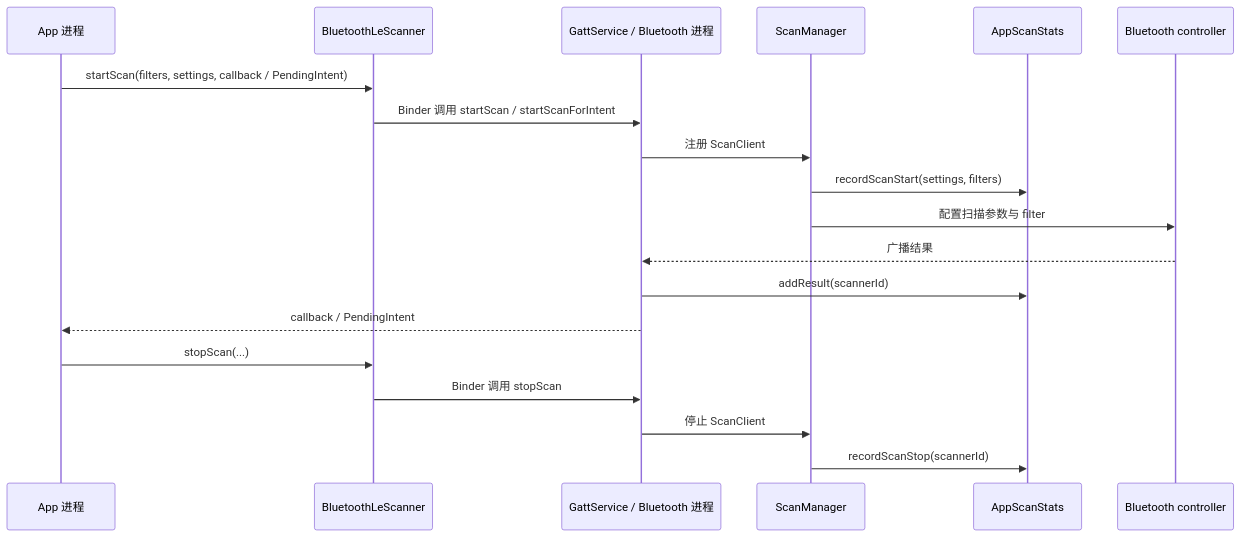
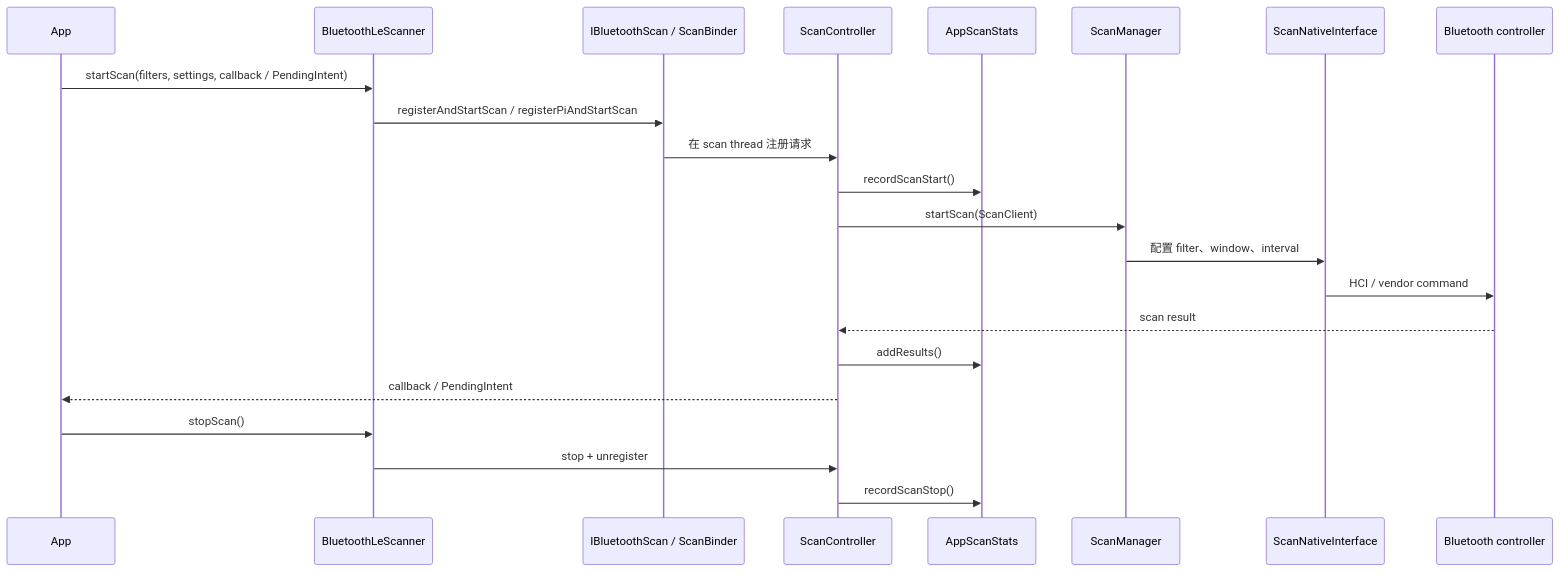
Before and after one commit to Gracker/android-internals-wiki: the diagram in src/part2-performance/ch11-power/06-bluetooth-scan-connection-power.md, drawn with Mermaid. The commit also changed other lines of this file, not shown here.

Commit message:
rebuild Android 17 Bluetooth power guide

````diff
--- a/src/part2-performance/ch11-power/06-bluetooth-scan-connection-power.md
+++ b/src/part2-performance/ch11-power/06-bluetooth-scan-connection-power.md
@@ -121,21 +273,25 @@
 ```mermaid
 sequenceDiagram
-    participant App as App 进程
-    participant Scanner as BluetoothLeScanner
-    participant Gatt as GattService / Bluetooth 进程
-    participant Scan as ScanManager
+    participant App as App
+    participant API as BluetoothLeScanner
+    participant Binder as IBluetoothScan / ScanBinder
+    participant Controller as ScanController
     participant Stats as AppScanStats
-    participant Ctrl as Bluetooth controller
-    App->>Scanner: startScan(filters, settings, callback / PendingIntent)
-    Scanner->>Gatt: Binder 调用 startScan / startScanForIntent
-    Gatt->>Scan: 注册 ScanClient
-    Scan->>Stats: recordScanStart(settings, filters)
-    Scan->>Ctrl: 配置扫描参数与 filter
-    Ctrl-->>Gatt: 广播结果
-    Gatt->>Stats: addResult(scannerId)
-    Gatt-->>App: callback / PendingIntent
-    App->>Scanner: stopScan(...)
-    Scanner->>Gatt: Binder 调用 stopScan
-    Gatt->>Scan: 停止 ScanClient
-    Scan->>Stats: recordScanStop(scannerId)
+    participant Manager as ScanManager
+    participant Native as ScanNativeInterface
+    participant Chip as Bluetooth controller
+
+    App->>API: startScan(filters, settings, callback / PendingIntent)
+    API->>Binder: registerAndStartScan / registerPiAndStartScan
+    Binder->>Controller: 在 scan thread 注册请求
+    Controller->>Stats: recordScanStart()
+    Controller->>Manager: startScan(ScanClient)
+    Manager->>Native: 配置 filter、window、interval
+    Native->>Chip: HCI / vendor command
+    Chip-->>Controller: scan result
+    Controller->>Stats: addResults()
+    Controller-->>App: callback / PendingIntent
+    App->>API: stopScan()
+    API->>Controller: stop + unregister
+    Controller->>Stats: recordScanStop()
 ```
````
